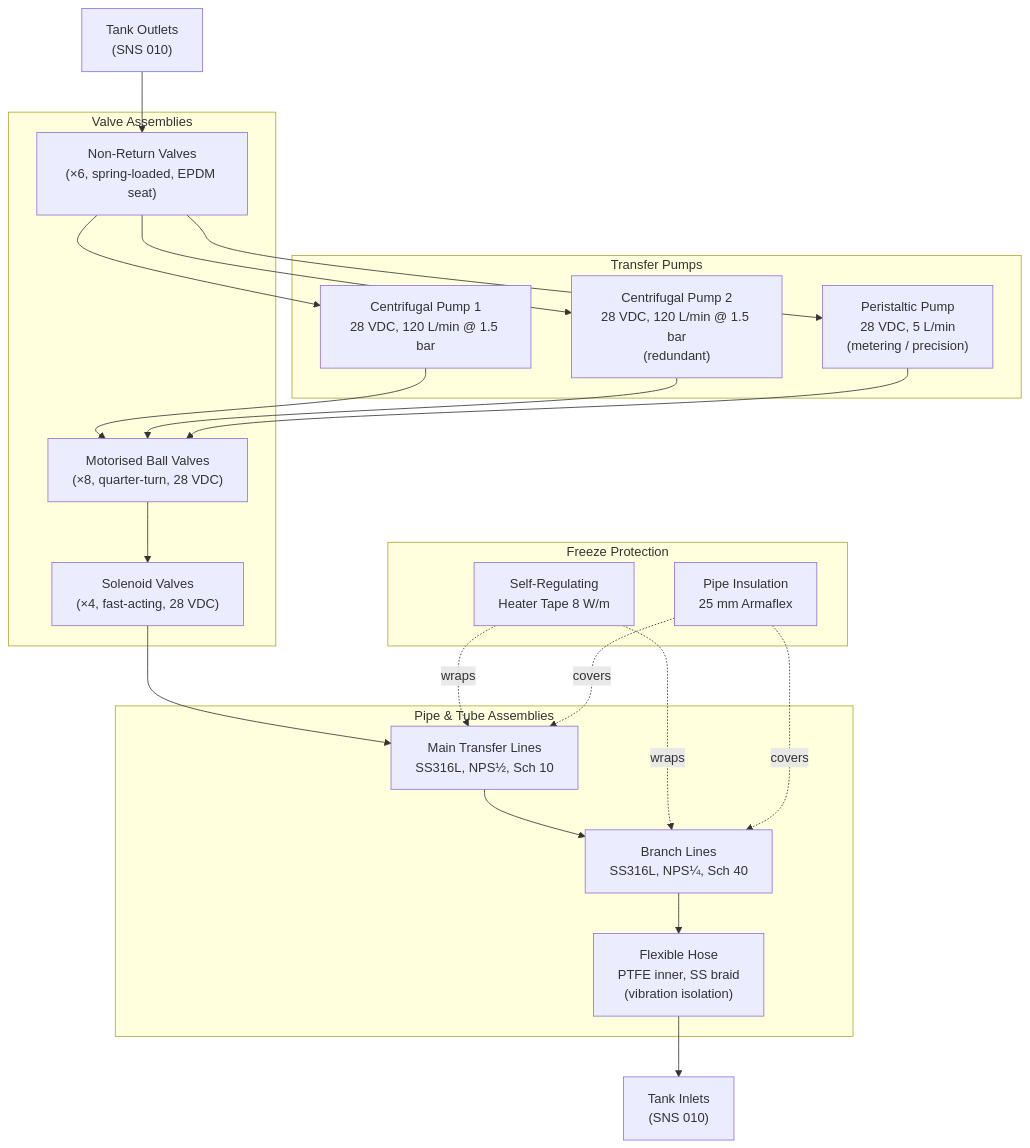
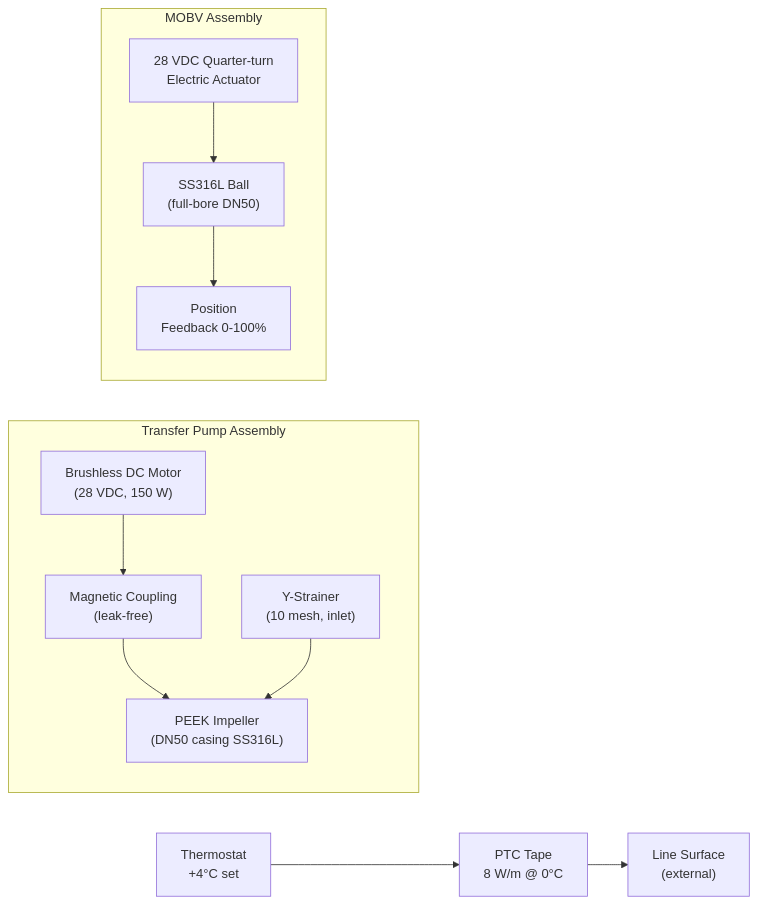
Before and after one commit to AmedeoPelliccia/Qplus-For-All-Queer-People-and-Quantum: the second of 3 diagrams in Q+ATLANTIDE/000-099_ATLAS/040-049_Avionica-Informacion-y-APU/041_Water-Ballast/041-030-Ballast-Pumps-Valves-and-Lines.md, drawn with Mermaid. The commit also changed other lines of this file and 9 other files, not shown here.

````diff
--- a/Q+ATLANTIDE/000-099_ATLAS/040-049_Avionica-Informacion-y-APU/041_Water-Ballast/041-030-Ballast-Pumps-Valves-and-Lines.md
+++ b/Q+ATLANTIDE/000-099_ATLAS/040-049_Avionica-Informacion-y-APU/041_Water-Ballast/041-030-Ballast-Pumps-Valves-and-Lines.md
@@ -70,42 +164,30 @@
 ```mermaid
-flowchart TD
-    subgraph PUMPS["Transfer Pumps"]
-        CP1["Centrifugal Pump 1\n28 VDC, 120 L/min @ 1.5 bar"]
-        CP2["Centrifugal Pump 2\n28 VDC, 120 L/min @ 1.5 bar\n(redundant)"]
-        PP1["Peristaltic Pump\n28 VDC, 5 L/min\n(metering / precision)"]
+graph LR
+    subgraph TPA["Transfer Pump Assembly"]
+        MOTOR["Brushless DC Motor
+(28 VDC, 150 W)"]
+        MAG_COUP["Magnetic Coupling
+(leak-free)"]
+        IMPELLER["PEEK Impeller
+(DN50 casing SS316L)"]
+        STRAINER["Y-Strainer
+(10 mesh, inlet)"]
+        MOTOR --> MAG_COUP --> IMPELLER
+        STRAINER --> IMPELLER
     end
-
-    subgraph VALVES["Valve Assemblies"]
-        MBV["Motorised Ball Valves\n(×8, quarter-turn, 28 VDC)"]
-        SOL["Solenoid Valves\n(×4, fast-acting, 28 VDC)"]
-        NRV["Non-Return Valves\n(×6, spring-loaded, EPDM seat)"]
+    subgraph MOBV_UNIT["MOBV Assembly"]
+        ACTUATOR["28 VDC Quarter-turn
+Electric Actuator"]
+        BALL["SS316L Ball
+(full-bore DN50)"]
+        POS_FB["Position
+Feedback 0-100%"]
+        ACTUATOR --> BALL
+        BALL --> POS_FB
     end
-
-    subgraph LINES["Pipe & Tube Assemblies"]
-        MAIN_PIPE["Main Transfer Lines\nSS316L, NPS½, Sch 10"]
-        BRANCH["Branch Lines\nSS316L, NPS¼, Sch 40"]
-        FLEX["Flexible Hose\nPTFE inner, SS braid\n(vibration isolation)"]
-    end
-
-    subgraph FREEZE["Freeze Protection"]
-        HT["Self-Regulating\nHeater Tape 8 W/m"]
-        INS_WRAP["Pipe Insulation\n25 mm Armaflex"]
-    end
-
-    TANKS["Tank Outlets\n(SNS 010)"] --> NRV
-    NRV --> CP1
-    NRV --> CP2
-    NRV --> PP1
-    CP1 --> MBV
-    CP2 --> MBV
-    PP1 --> MBV
-    MBV --> SOL
-    SOL --> MAIN_PIPE
-    MAIN_PIPE --> BRANCH
-    BRANCH --> FLEX
-    FLEX --> TANKS_IN["Tank Inlets\n(SNS 010)"]
-    HT -.->|wraps| MAIN_PIPE
-    HT -.->|wraps| BRANCH
-    INS_WRAP -.->|covers| MAIN_PIPE
-    INS_WRAP -.->|covers| BRANCH
+    PTC["PTC Tape
+8 W/m @ 0°C"] --> LINE["Line Surface
+(external)"]
+    THERM["Thermostat
++4°C set"] --> PTC
 ```
````
